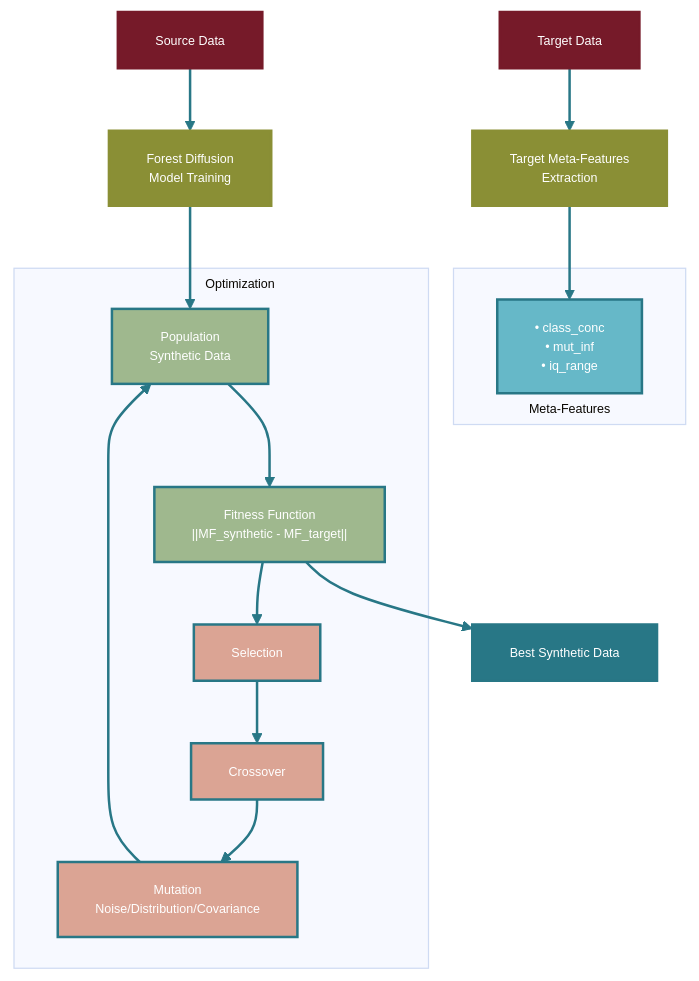
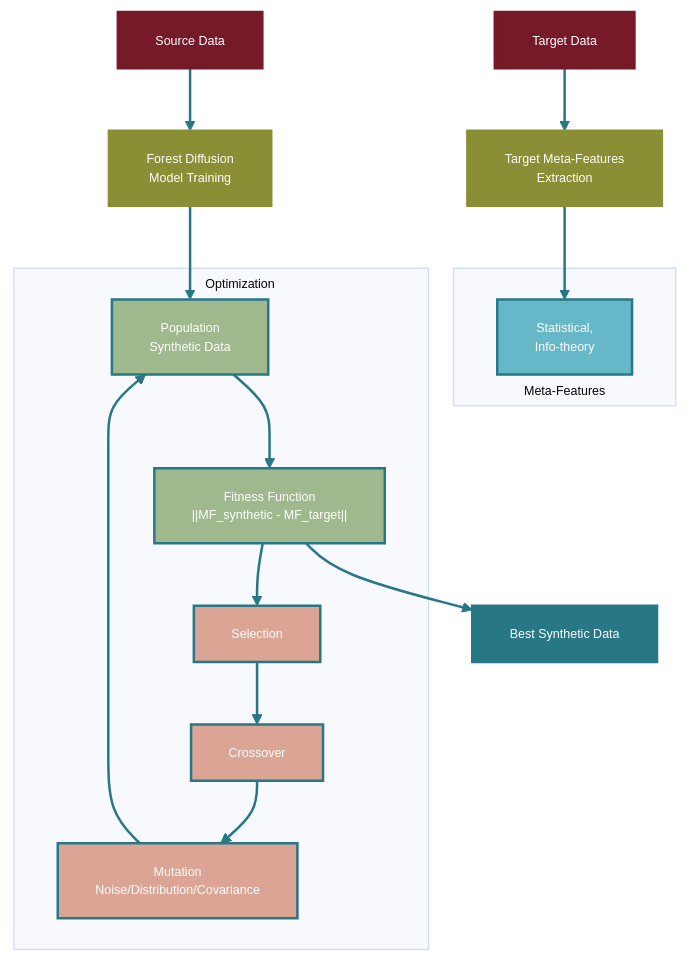
One commit to ITMO-NSS-team/OOD_Tab_Evaluation changed the second of 2 diagrams in README.md. Above: the diagram before and after it, drawn with Mermaid. The commit also changed other lines of this file, not shown here.

````diff
--- a/README.md
+++ b/README.md
@@ -114,36 +114,36 @@
 ```mermaid
 %%{init: {'theme': 'base', 'themeVariables': { 'fontSize': '10px' }}}%%
 graph TD
     A[Source Data] --> C[Forest Diffusion<br/>Model Training]
     B[Target Data] --> D[Target Meta-Features<br/>Extraction]
     
-    subgraph Meta-Features["<div style='text-align: center; margin-top: 105px;'>Meta-Features</div>"]
-        E["• class_conc<br/>• mut_inf<br/>• iq_range"]
+    subgraph Meta-Features["<div style='text-align: center; margin-top: 90px;'>Meta-Features</div>"]
+        E["Statistical,<br/>Info-theory"]
     end
     
     subgraph Evolutionary Process["<div style='text-align: left; margin-top: 5px; margin-left: 30px;'>Optimization</div>"]
         F["Population<br/>Synthetic Data"] --> G["Fitness Function<br/>||MF_synthetic - MF_target||"]
         G --> H["Selection"]
         H --> I["Crossover"]
         I --> J["Mutation<br/>Noise/Distribution/Covariance"]
         J --> F
     end
     
     C --> F
     D --> E
     G --> K["Best Synthetic Data"]
     
     style A fill:#761A29,stroke:#761A29,stroke-width:2px,color:#fff
     style B fill:#761A29,stroke:#761A29,stroke-width:2px,color:#fff
     style C fill:#8A8F35,stroke:#8A8F35,stroke-width:2px,color:#fff
     style D fill:#8A8F35,stroke:#8A8F35,stroke-width:2px,color:#fff
     style K fill:#287786,stroke:#287786,stroke-width:2px,color:#fff
     style E fill:#66B8C8,stroke:#287786,stroke-width:2px,color:#fff
     style F fill:#9FB88E,stroke:#287786,stroke-width:2px,color:#fff
     style G fill:#9FB88E,stroke:#287786,stroke-width:2px,color:#fff
     style H fill:#DBA494,stroke:#287786,stroke-width:2px,color:#fff
     style I fill:#DBA494,stroke:#287786,stroke-width:2px,color:#fff
     style J fill:#DBA494,stroke:#287786,stroke-width:2px,color:#fff
     
     linkStyle default stroke:#287786,stroke-width:2px
 ```
````
